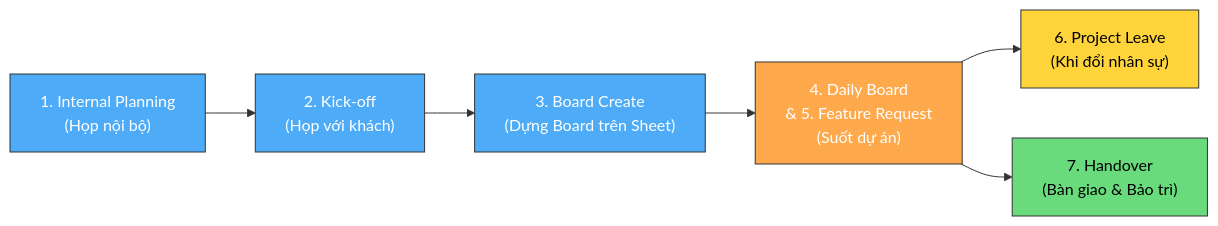
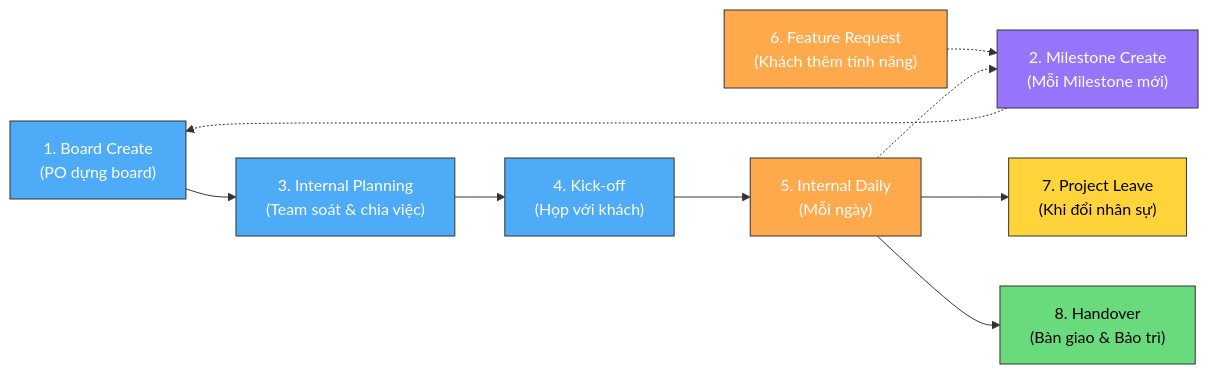
The diagram in 05-product-owner/README.md (Cyberk-Official/handbooks), drawn with Mermaid before and after one commit. The commit also changed other lines of this file and 40 other files, not shown here.

````diff
--- a/05-product-owner/README.md
+++ b/05-product-owner/README.md
@@ -20,15 +20,20 @@
 ```mermaid
 flowchart LR
-    P1["1. Internal Planning\n(Họp nội bộ)"] --> P2["2. Kick-off\n(Họp với khách)"]
-    P2 --> P3["3. Board Create\n(Dựng Board trên Sheet)"]
-    P3 --> P4["4. Daily Board\n& 5. Feature Request\n(Suốt dự án)"]
-    P4 --> P6["6. Project Leave\n(Khi đổi nhân sự)"]
-    P4 --> P7["7. Handover\n(Bàn giao & Bảo trì)"]
+    P1["1. Board Create\n(PO dựng board)"] --> P3["3. Internal Planning\n(Team soát & chia việc)"]
+    P2["2. Milestone Create\n(Mỗi Milestone mới)"] -.-> P1
+    P3 --> P4["4. Kick-off\n(Họp với khách)"]
+    P4 --> P5["5. Internal Daily\n(Mỗi ngày)"]
+    P6["6. Feature Request\n(Khách thêm tính năng)"] -.-> P2
+    P5 -.-> P2
+    P5 --> P7["7. Project Leave\n(Khi đổi nhân sự)"]
+    P5 --> P8["8. Handover\n(Bàn giao & Bảo trì)"]
 
     style P1 fill:#4dabf7,stroke:#333,color:#fff
-    style P2 fill:#4dabf7,stroke:#333,color:#fff
+    style P2 fill:#9775fa,stroke:#333,color:#fff
     style P3 fill:#4dabf7,stroke:#333,color:#fff
-    style P4 fill:#ffa94d,stroke:#333,color:#fff
-    style P6 fill:#ffd43b,stroke:#333,color:#000
-    style P7 fill:#69db7c,stroke:#333,color:#000
+    style P4 fill:#4dabf7,stroke:#333,color:#fff
+    style P5 fill:#ffa94d,stroke:#333,color:#fff
+    style P6 fill:#ffa94d,stroke:#333,color:#fff
+    style P7 fill:#ffd43b,stroke:#333,color:#000
+    style P8 fill:#69db7c,stroke:#333,color:#000
 ```
````
